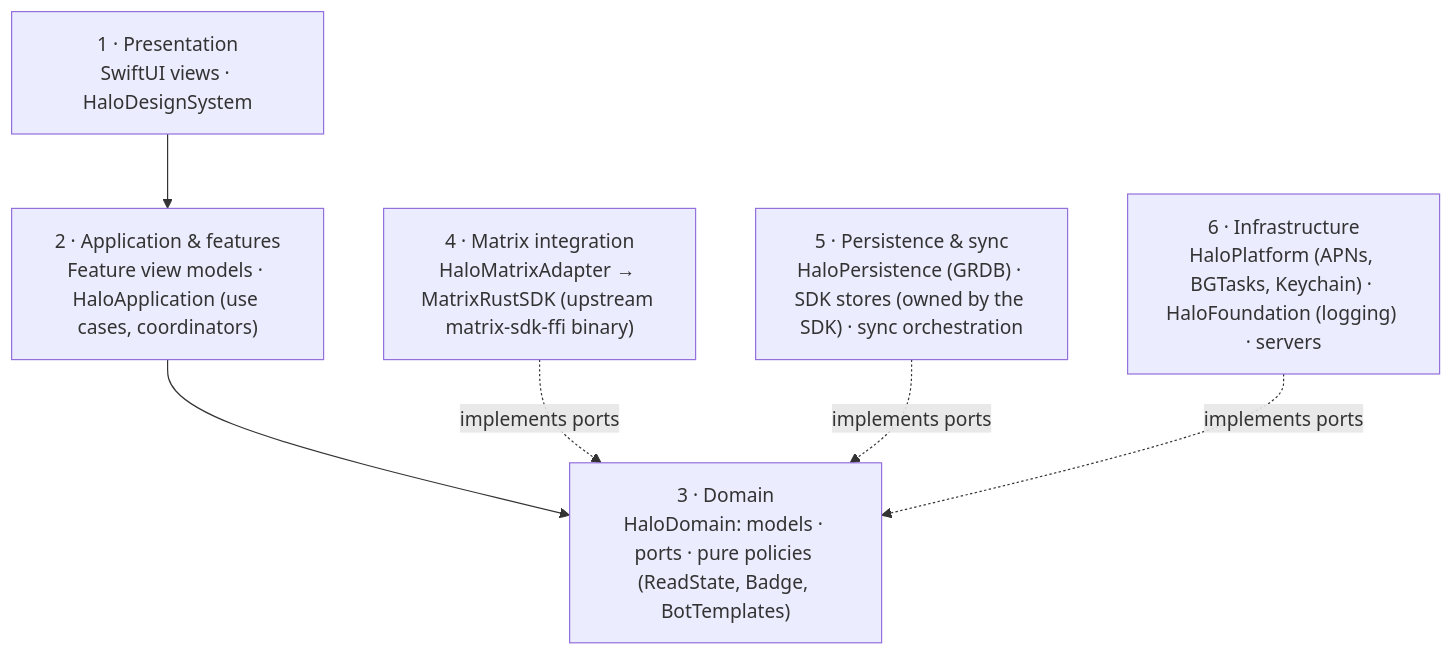
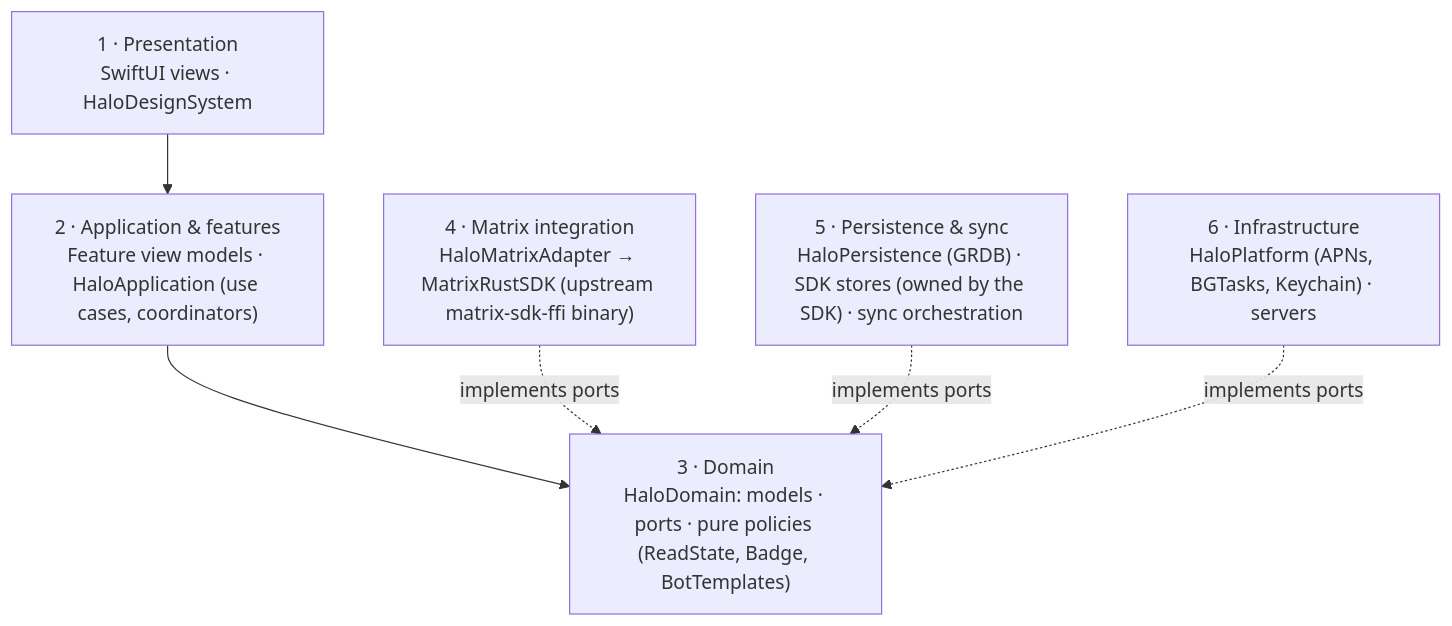
One commit to evan1ee/halo changed the second of 2 diagrams in docs/architecture/OVERVIEW.md. Above: the diagram before and after it, drawn with Mermaid. The commit also changed other lines of this file and 14 other files, not shown here.

First line of the commit message:
docs(architecture): resolve contradictions between documents

````diff
--- a/docs/architecture/OVERVIEW.md
+++ b/docs/architecture/OVERVIEW.md
@@ -30,13 +30,13 @@
 ```mermaid
 flowchart TB
   P["1 · Presentation<br/>SwiftUI views · HaloDesignSystem"]
   A["2 · Application & features<br/>Feature view models · HaloApplication (use cases, coordinators)"]
   D["3 · Domain<br/>HaloDomain: models · ports · pure policies (ReadState, Badge, BotTemplates)"]
   M["4 · Matrix integration<br/>HaloMatrixAdapter → MatrixRustSDK (upstream matrix-sdk-ffi binary)"]
   S["5 · Persistence & sync<br/>HaloPersistence (GRDB) · SDK stores (owned by the SDK) · sync orchestration"]
-  I["6 · Infrastructure<br/>HaloPlatform (APNs, BGTasks, Keychain) · HaloFoundation (logging) · servers"]
+  I["6 · Infrastructure<br/>HaloPlatform (APNs, BGTasks, Keychain) · servers"]
   P --> A --> D
   M -. implements ports .-> D
   S -. implements ports .-> D
   I -. implements ports .-> D
 ```
````
